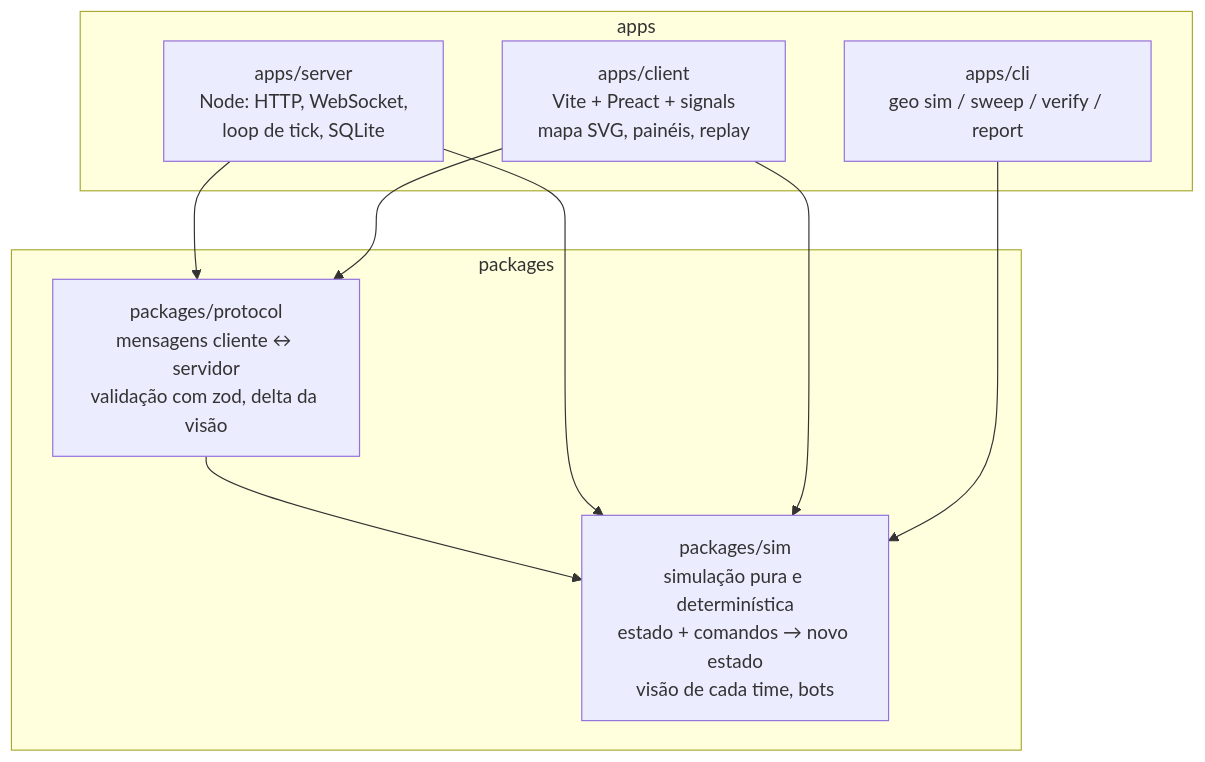
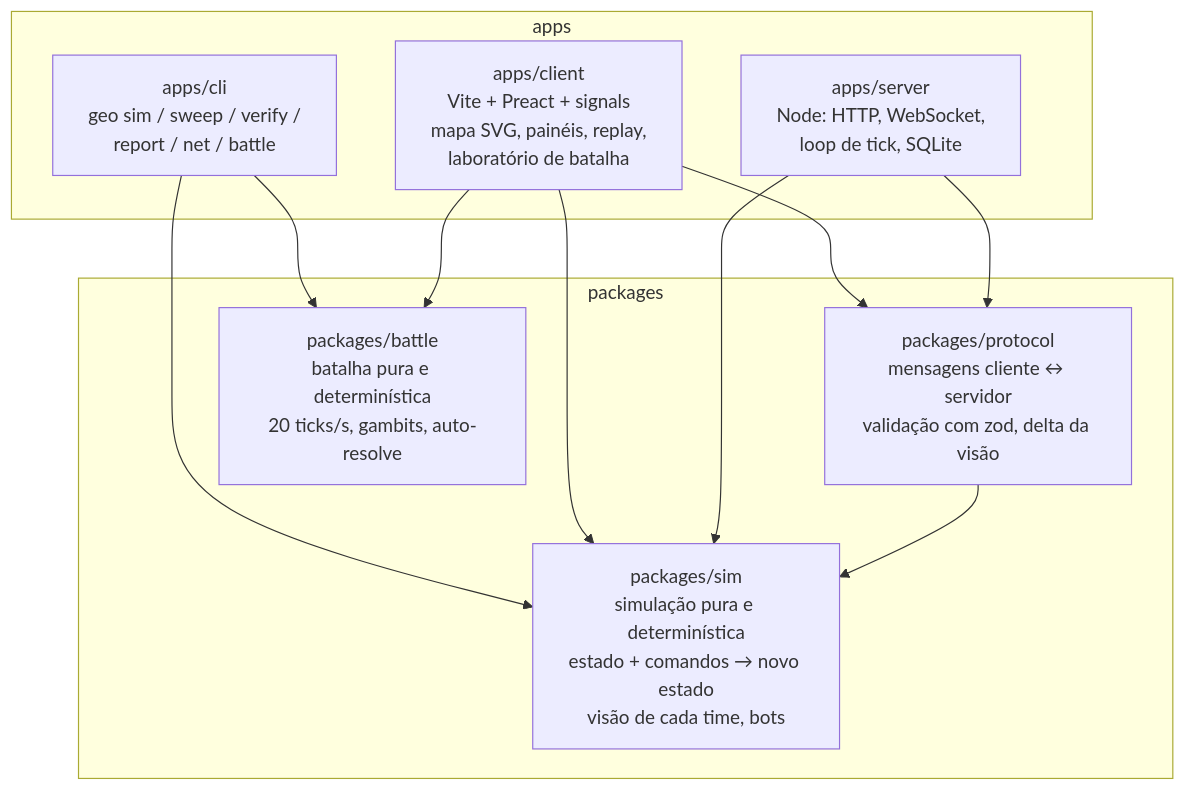
The third of 8 diagrams in docs/OVERVIEW.md (eliasfeijo/geometrix), drawn with Mermaid before and after one commit. The commit also changed other lines of this file and 5 other files, not shown here.

````diff
--- a/docs/OVERVIEW.md
+++ b/docs/OVERVIEW.md
@@ -201,18 +204,21 @@
 ```mermaid
 flowchart TB
     subgraph packages
         sim["packages/sim<br/>simulação pura e determinística<br/>estado + comandos → novo estado<br/>visão de cada time, bots"]
         protocol["packages/protocol<br/>mensagens cliente ↔ servidor<br/>validação com zod, delta da visão"]
+        battle["packages/battle<br/>batalha pura e determinística<br/>20 ticks/s, gambits, auto-resolve"]
     end
     subgraph apps
         server["apps/server<br/>Node: HTTP, WebSocket,<br/>loop de tick, SQLite"]
-        client["apps/client<br/>Vite + Preact + signals<br/>mapa SVG, painéis, replay"]
-        cli["apps/cli<br/>geo sim / sweep / verify / report"]
+        client["apps/client<br/>Vite + Preact + signals<br/>mapa SVG, painéis, replay,<br/>laboratório de batalha"]
+        cli["apps/cli<br/>geo sim / sweep / verify /<br/>report / net / battle"]
     end
     protocol --> sim
     server --> protocol
     server --> sim
     client --> protocol
     client --> sim
     cli --> sim
+    client --> battle
+    cli --> battle
 ```
````
